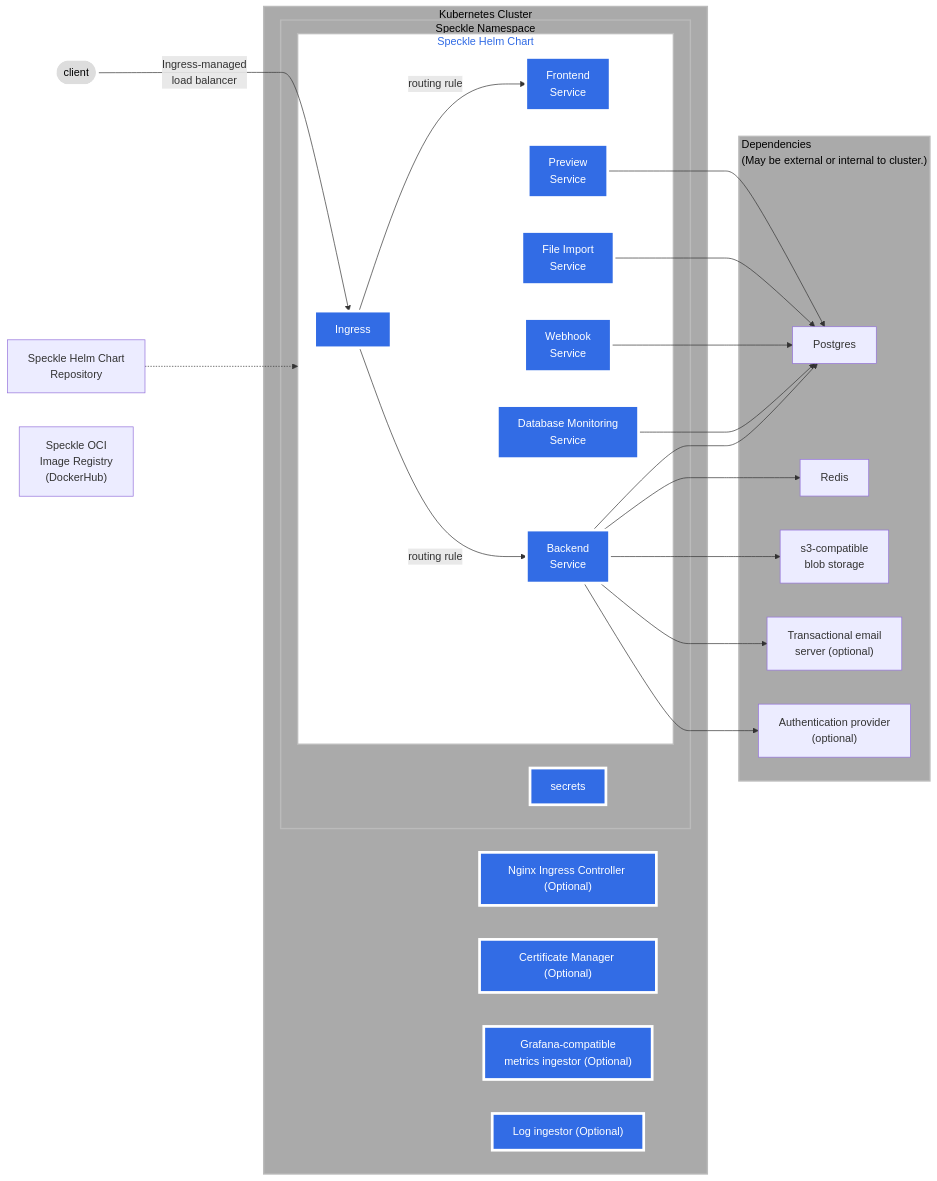
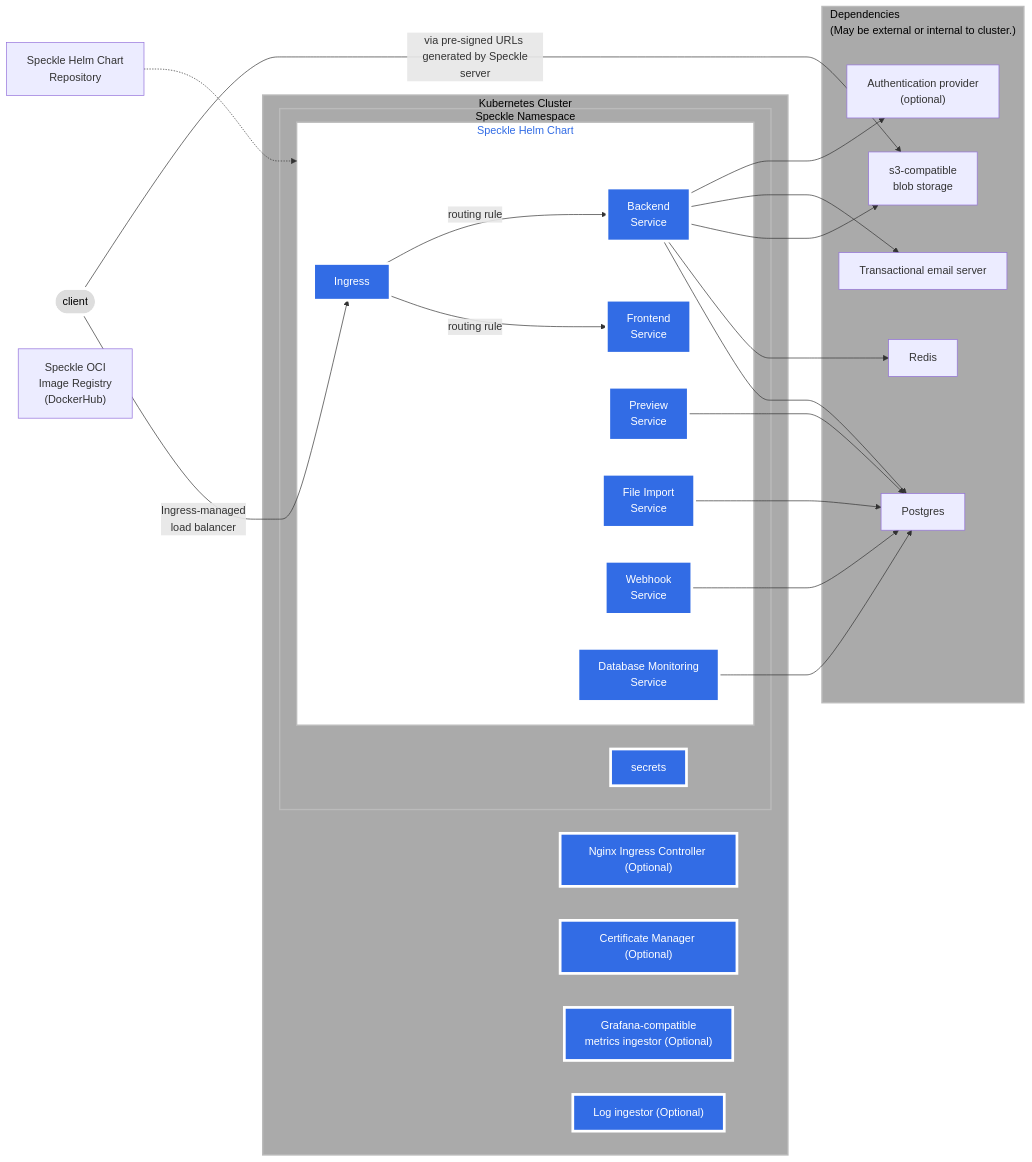
The diagram in utils/helm/speckle-server/schematic.md (specklesystems/speckle-server), drawn with Mermaid before and after one commit.

Commit message:
chore(docs): update mermaid diagram

````diff
--- a/utils/helm/speckle-server/schematic.md
+++ b/utils/helm/speckle-server/schematic.md
@@ -3,60 +3,61 @@
 ```mermaid
 graph LR;
  client([client])-->|Ingress-managed <br> load balancer|ingress[Ingress];
+ client-->|via pre-signed URLs <br> generated by Speckle server|blobstore;
  helmrepo["Speckle Helm Chart <br> Repository"]
  click helmrepo "https://specklesystems.github.io/helm/" _blank
  imageregistry["Speckle OCI <br> Image Registry <br> (DockerHub)"]
  click imageregistry "https://hub.docker.com/r/speckle/speckle-server" _blank
  helmrepo-.->helm;
 
  subgraph helm[Speckle Helm Chart]
  ingress;
  ingress-->|routing rule|svcfrontend[Frontend <br> Service];
  ingress-->|routing rule|backend[Backend <br> Service];
  svcfrontend;
  backend;
  preview[Preview <br> Service];
  fileimport[File Import <br> Service];
  webhook[Webhook <br> Service];
  databasemonitor[Database Monitoring <br> Service];
  end
 
  subgraph namespace[Speckle Namespace]
  helm;
  secrets;
  end
 
  subgraph cluster[Kubernetes Cluster]
  nginx["Nginx Ingress Controller (Optional)"];
  certmanager["Certificate Manager (Optional)"];
  monitoring["Grafana-compatible <br> metrics ingestor (Optional)"];
  logging["Log ingestor (Optional)"];
  namespace;
  end
 
  preview-->postgres;
  fileimport-->postgres;
  webhook-->postgres;
  databasemonitor-->postgres;
  backend-->postgres;
  backend-->redis;
  backend-->blobstore;
  backend-->emailserver;
  backend-->authprovider;
 
  subgraph externalDependencies["Dependencies <br> (May be external or internal to cluster.)"]
+ blobstore[s3-compatible <br> blob storage];
  postgres[Postgres];
  redis[Redis];
- blobstore[s3-compatible <br> blob storage];
- emailserver["Transactional email <br> server (optional)"];
+ emailserver["Transactional email server"];
  authprovider["Authentication provider <br> (optional)"];
  end
  classDef plain fill:#ddd,stroke:#fff,stroke-width:4px,color:#000;
  classDef k8s fill:#326ce5,stroke:#fff,stroke-width:4px,color:#fff;
  classDef cluster fill:#aaa,stroke:#bbb,stroke-width:2px,color:#000;
  classDef helm fill:#fff,stroke:#bbb,stroke-width:2px,color:#326ce5;
  class ingress,test,svcfrontend,backend,preview,fileimport,webhook,databasemonitor,nginx,certmanager,monitoring,logging,secrets k8s;
  class client plain;
  class cluster,namespace,externalDependencies cluster;
  class helm helm;
 ```
````
